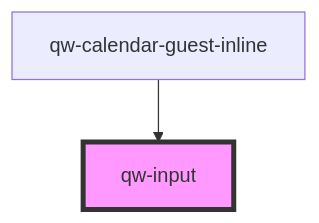
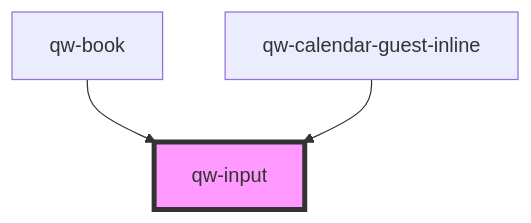
Before and after one commit to qwentes-team/qw-hotels: the diagram in src/components/shared/qw-input/readme.md, drawn with Mermaid. The commit also changed other lines of this file and 8 other files, not shown here.

````diff
--- a/src/components/shared/qw-input/readme.md
+++ b/src/components/shared/qw-input/readme.md
@@ -26,5 +37,6 @@
 ```mermaid
 graph TD;
+  qw-book --> qw-input
   qw-calendar-guest-inline --> qw-input
   style qw-input fill:#f9f,stroke:#333,stroke-width:4px
 ```
````
